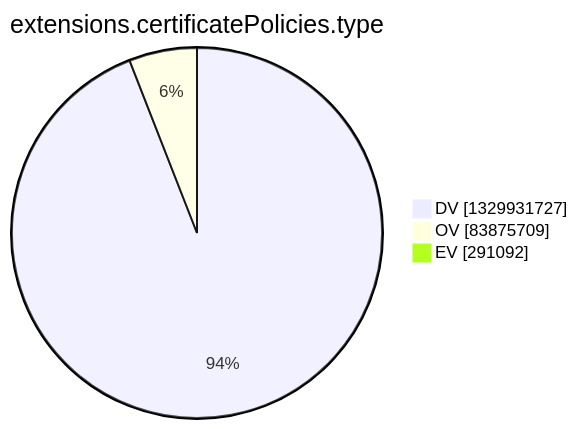
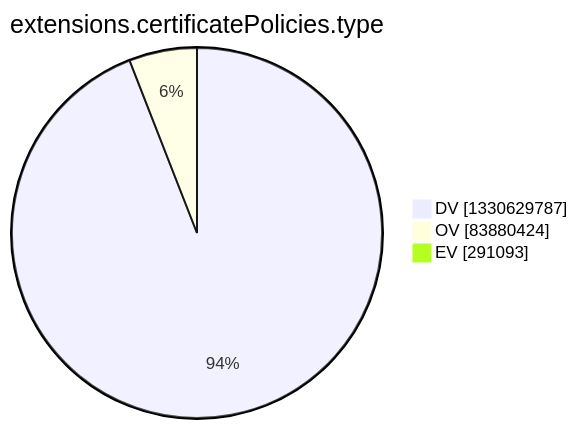
Before and after one commit to christiankrug/ctmonitor_visualization: the tenth of 15 diagrams in argon2022/README.md, drawn with Mermaid. The commit also changed other lines of this file, not shown here.

````diff
--- a/argon2022/README.md
+++ b/argon2022/README.md
@@ -2772,7 +2772,7 @@
 ```mermaid
 pie showData
 title extensions.certificatePolicies.type
-"DV" :1329931727
-"OV" :83875709
-"EV" :291092
+"DV" :1330629787
+"OV" :83880424
+"EV" :291093
 ```
````
